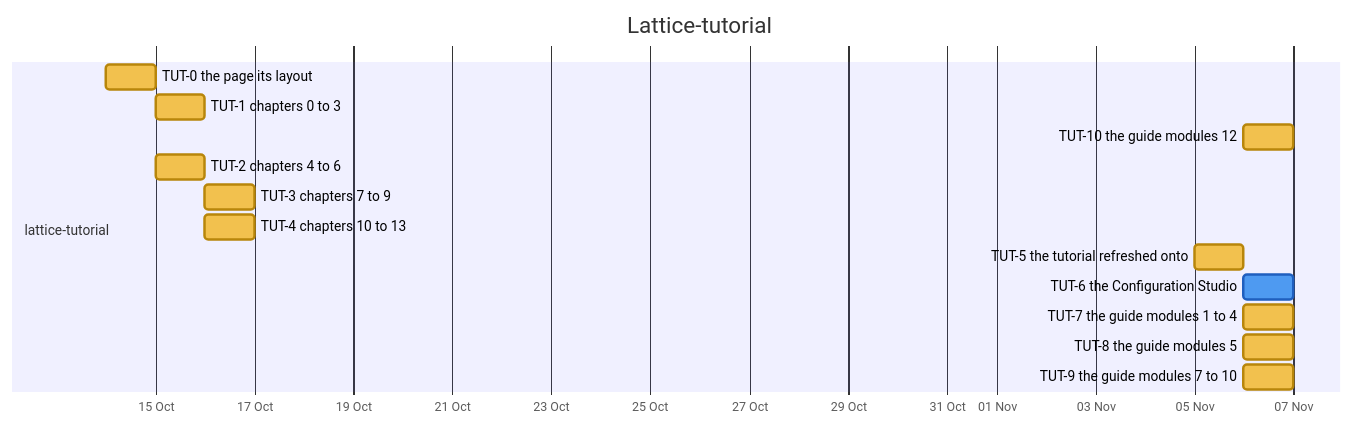
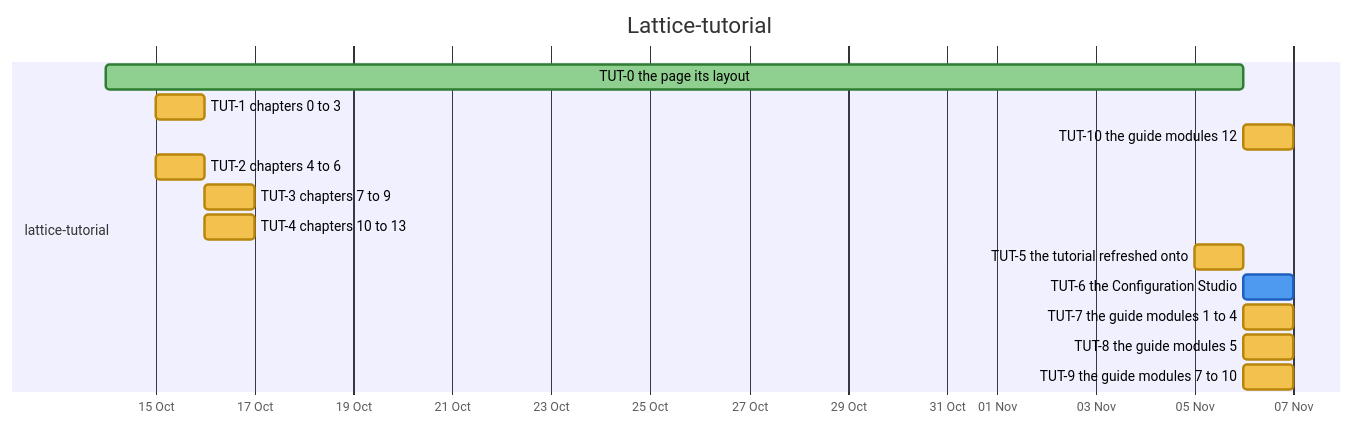
One commit to nebularis/lattice changed the ninth of 32 diagrams in docs/developer/ROADMAP.md. Above: the diagram before and after it, drawn with Mermaid. The commit also changed other lines of this file, not shown here.

First line of the commit message:
[studio-visual-authoring] Refresh the roadmap's generated sections after SVA-P1a

````diff
--- a/docs/developer/ROADMAP.md
+++ b/docs/developer/ROADMAP.md
@@ -314,19 +316,19 @@
 ```mermaid
 %%{init: {"themeVariables": {"taskBkgColor": "#f2c14e", "taskBorderColor": "#b8860b", "taskTextColor": "#000000", "activeTaskBkgColor": "#4e9af1", "activeTaskBorderColor": "#1f5fbf", "activeTaskBorderColor": "#1f5fbf", "doneTaskBkgColor": "#8fcf8f", "doneTaskBorderColor": "#2f7d32", "critBkgColor": "#f28b82", "critBorderColor": "#b23a30", "taskTextDarkColor": "#000000", "taskTextLightColor": "#000000"}}}%%
 gantt
     title Lattice-tutorial
     dateFormat YYYY-MM-DD
     axisFormat %d %b
     section lattice-tutorial
-    TUT-0 the page its layout :tut0, 2026-10-14, 2026-10-15
+    TUT-0 the page its layout :done, tut0, 2026-10-14, 2026-11-06
     TUT-1 chapters 0 to 3 :tut1, 2026-10-15, 2026-10-16
     TUT-10 the guide modules 12 :tut10, 2026-11-06, 2026-11-07
     TUT-2 chapters 4 to 6 :tut2, 2026-10-15, 2026-10-16
     TUT-3 chapters 7 to 9 :tut3, 2026-10-16, 2026-10-17
     TUT-4 chapters 10 to 13 :tut4, 2026-10-16, 2026-10-17
     TUT-5 the tutorial refreshed onto :tut5, 2026-11-05, 2026-11-06
     TUT-6 the Configuration Studio :active, tut6, 2026-11-06, 2026-11-07
     TUT-7 the guide modules 1 to 4 :tut7, 2026-11-06, 2026-11-07
     TUT-8 the guide modules 5 :tut8, 2026-11-06, 2026-11-07
     TUT-9 the guide modules 7 to 10 :tut9, 2026-11-06, 2026-11-07
 ```
````
